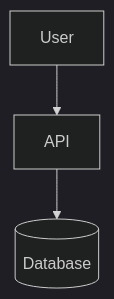
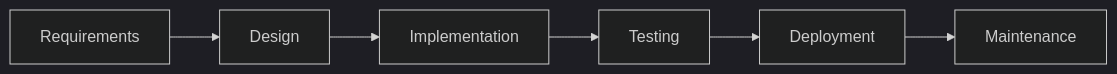
One commit to Jhonmoreno000/PROYECTO-SENA-TIENDA-TEXTIL- changed the first of 4 diagrams in README.md. Above: the diagram before and after it, drawn with Mermaid (dark theme). The commit also changed other lines of this file, not shown here.

````diff
--- a/README.md
+++ b/README.md
@@ -49,5 +71,8 @@
 ```mermaid
-graph TD
-    A[User] --> B[API]
-    B --> C[(Database)]
+graph LR
+    A[Requirements] --> B[Design]
+    B --> C[Implementation]
+    C --> D[Testing]
+    D --> E[Deployment]
+    E --> F[Maintenance]
 ```
````
